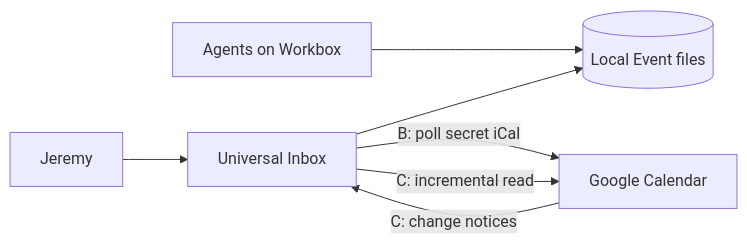
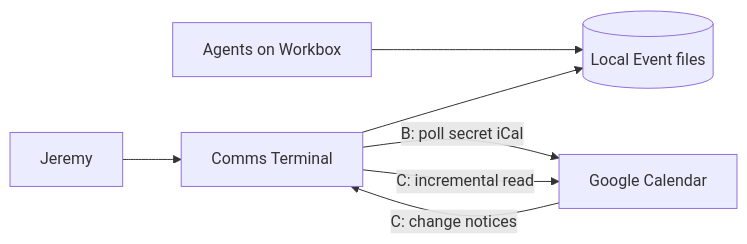
One commit to JMLegere/comms-terminal changed the second of 5 diagrams in .agents/discovery/2026-10-20-calendar.md. Above: the diagram before and after it, drawn with Mermaid. The commit also changed other lines of this file and 181 other files, not shown here.

First line of the commit message:
Rename: Universal Inbox is now Comms Terminal

````diff
--- a/.agents/discovery/2026-10-20-calendar.md
+++ b/.agents/discovery/2026-10-20-calendar.md
@@ -213,9 +213,9 @@
 ```mermaid
 flowchart LR
-  J[Jeremy] --> UI[Universal Inbox]
+  J[Jeremy] --> UI[Comms Terminal]
   AG[Agents on Workbox] --> FILES[(Local Event files)]
   UI --> FILES
   UI -- B: poll secret iCal --> GC[Google Calendar]
   GC -- C: change notices --> UI
   UI -- C: incremental read --> GC
 ```
````
